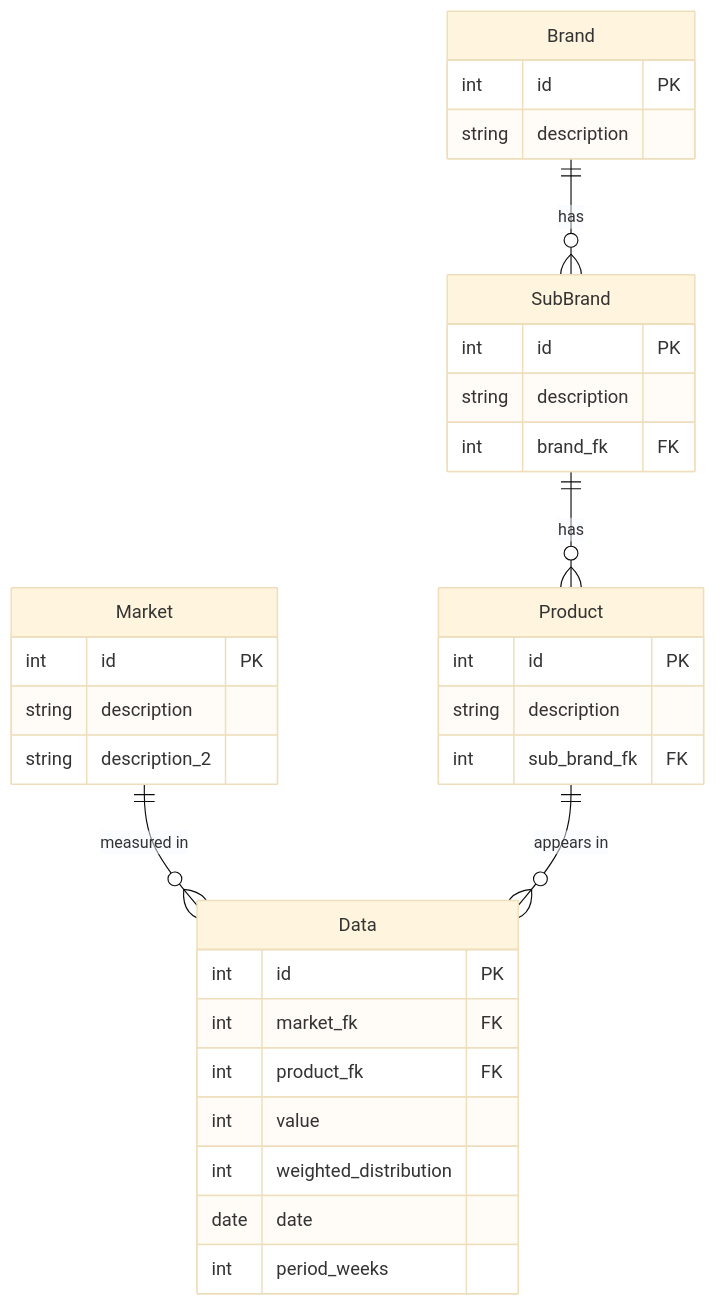
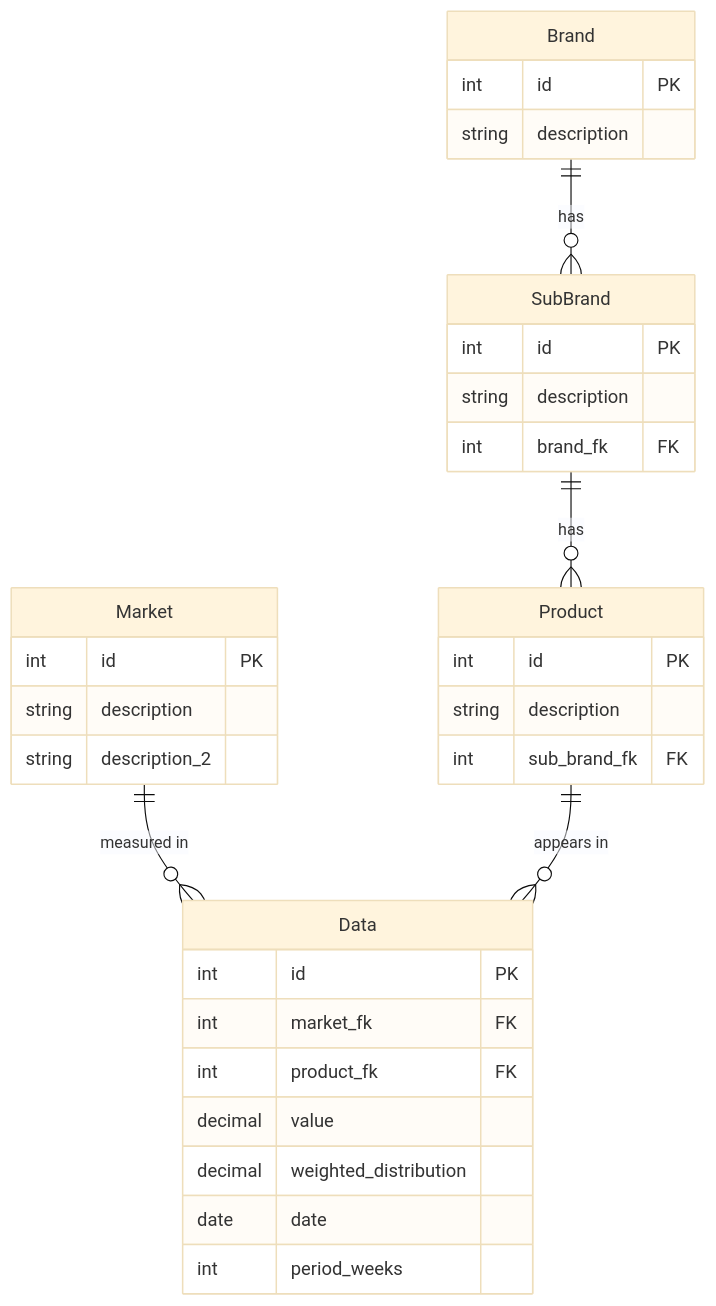
Before and after one commit to edgarshurtado/redslim-exercise: the diagram in docs/specs/002_database_schema.md, drawn with Mermaid (base theme). The commit also changed other lines of this file and 2 other files, not shown here.

Commit message:
sync spec docs with weighted_distribution change

````diff
--- a/docs/specs/002_database_schema.md
+++ b/docs/specs/002_database_schema.md
@@ -9,36 +9,36 @@
 ```mermaid
 erDiagram
     Brand {
         int id PK
         string description
     }
     SubBrand {
         int id PK
         string description
         int brand_fk FK
     }
     Product {
         int id PK
         string description
         int sub_brand_fk FK
     }
     Market {
         int id PK
         string description
         string description_2
     }
     Data {
         int id PK
         int market_fk FK
         int product_fk FK
-        int value
-        int weighted_distribution
+        decimal value
+        decimal weighted_distribution
         date date
         int period_weeks
     }
 
     Brand ||--o{ SubBrand : "has"
     SubBrand ||--o{ Product : "has"
     Market ||--o{ Data : "measured in"
     Product ||--o{ Data : "appears in"
 ```
````
